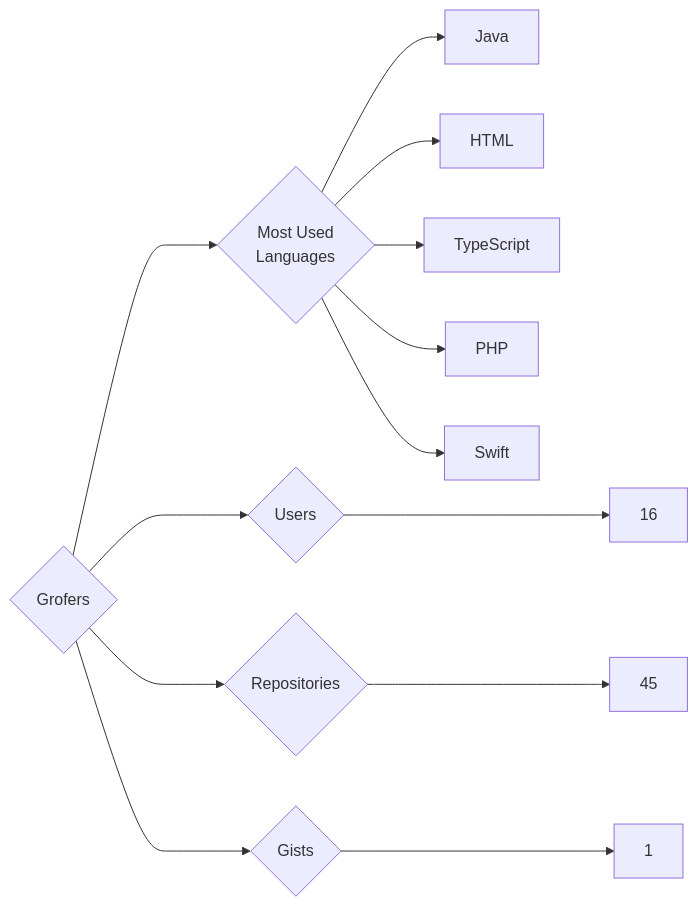
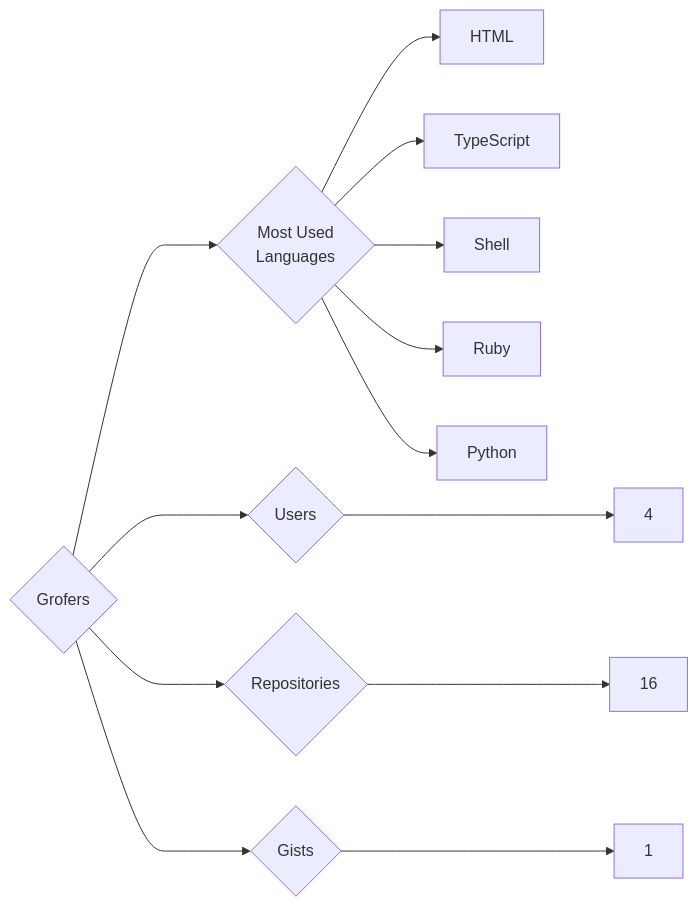
The diagram in targets/Grofers/README.md (trickest/insiders), drawn with Mermaid before and after one commit. The commit also changed 783 other files, not shown here.

````diff
--- a/targets/Grofers/README.md
+++ b/targets/Grofers/README.md
@@ -3,13 +3,13 @@
 ```mermaid
 graph LR
 COMPANY_NAME{Grofers}
-COMPANY_NAME ---> U{Users} ---> UN[16]
-COMPANY_NAME ---> R{Repositories} ---> RN[45]
+COMPANY_NAME ---> U{Users} ---> UN[4]
+COMPANY_NAME ---> R{Repositories} ---> RN[16]
 COMPANY_NAME ---> G{Gists} ---> GN[1]
 COMPANY_NAME ---> ML{Most Used<br>Languages}
-ML --> Java[Java]
 ML --> HTML[HTML]
 ML --> TypeScript[TypeScript]
-ML --> PHP[PHP]
-ML --> Swift[Swift]
+ML --> Shell[Shell]
+ML --> Ruby[Ruby]
+ML --> Python[Python]
 ```
````
